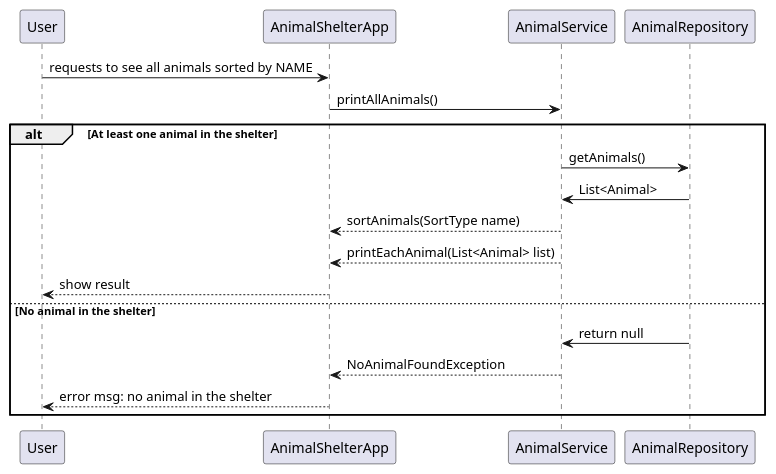
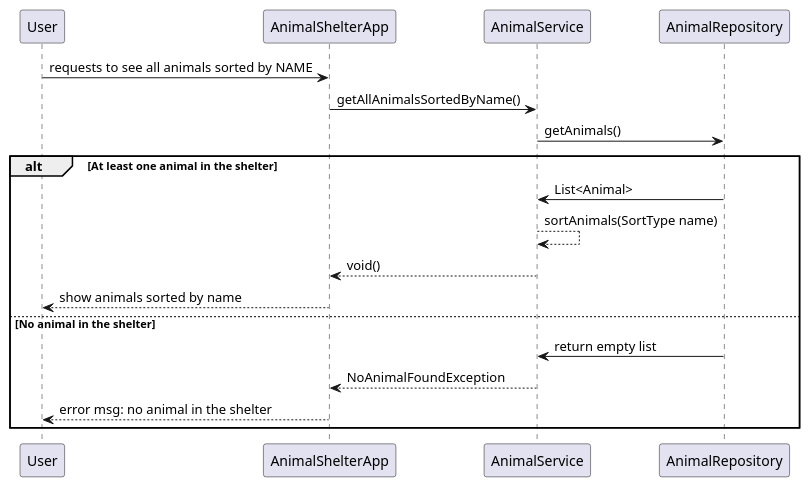
One commit to RaphaelZintec/AnimalShelterTest changed the diagram in analysis/sequence_getallanimalssortedbyname.puml. Above: the diagram before and after it, drawn with PlantUML. The commit also changed 5 other files, not shown here.

Commit message:
sequence diagram update

```diff
--- a/analysis/sequence_getallanimalssortedbyname.puml
+++ b/analysis/sequence_getallanimalssortedbyname.puml
@@ -1,17 +1,17 @@
 @startuml
 
 User -> AnimalShelterApp : requests to see all animals sorted by NAME
-AnimalShelterApp -> AnimalService : printAllAnimals()
+AnimalShelterApp -> AnimalService : getAllAnimalsSortedByName()
+AnimalService -> AnimalRepository : getAnimals()
 alt At least one animal in the shelter
-AnimalService -> AnimalRepository : getAnimals()
 AnimalService <- AnimalRepository : List<Animal>
-AnimalShelterApp <-- AnimalService : sortAnimals(SortType name)
-AnimalShelterApp <-- AnimalService : printEachAnimal(List<Animal> list)
-User <-- AnimalShelterApp : show result
+AnimalService  --> AnimalService : sortAnimals(SortType name)
+AnimalService  --> AnimalShelterApp : void()
+User <-- AnimalShelterApp : show animals sorted by name
 else No animal in the shelter
-AnimalService <- AnimalRepository : return null
+AnimalService <- AnimalRepository : return empty list
 AnimalShelterApp <-- AnimalService : NoAnimalFoundException
 User <-- AnimalShelterApp : error msg: no animal in the shelter
 end
 
 @enduml
```
